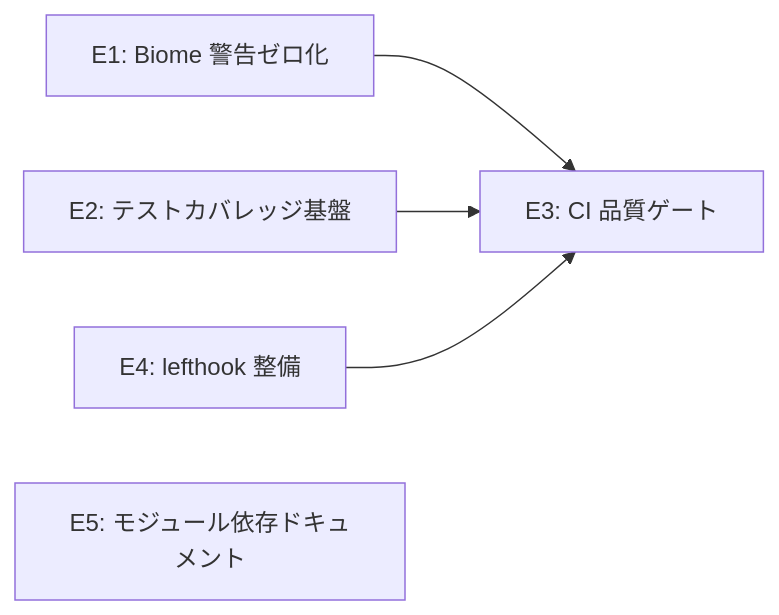
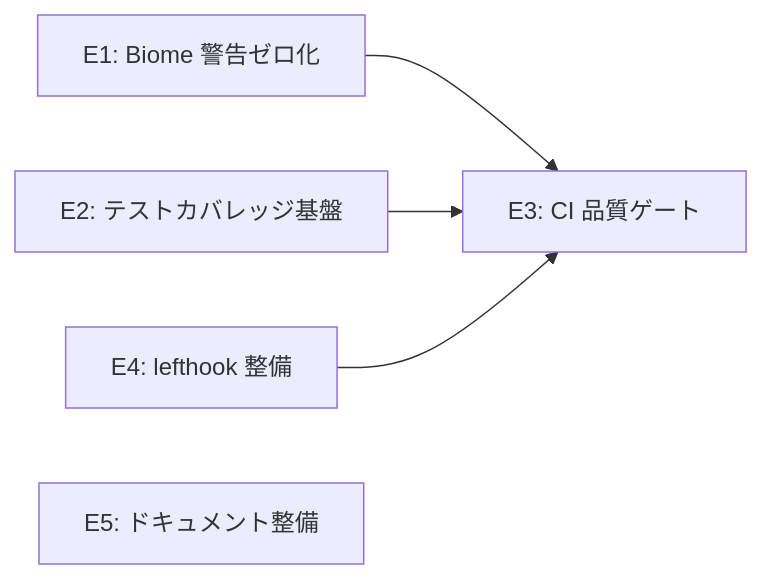
Before and after one commit to spikestudio/unstopia-gateway: the diagram in docs/requirements/PD-001-code-quality-stabilization.md, drawn with Mermaid. The commit also changed other lines of this file, not shown here.

Commit message:
docs(PD-001): セクション6・Mermaid図のE5名称を統一（ドキュメント整備）

````diff
--- a/docs/requirements/PD-001-code-quality-stabilization.md
+++ b/docs/requirements/PD-001-code-quality-stabilization.md
@@ -101,7 +101,7 @@
 ```mermaid
 graph LR
     E1[E1: Biome 警告ゼロ化] --> E3[E3: CI 品質ゲート]
     E2[E2: テストカバレッジ基盤] --> E3
     E4[E4: lefthook 整備] --> E3
-    E5[E5: モジュール依存ドキュメント]
+    E5[E5: ドキュメント整備]
 ```
````
